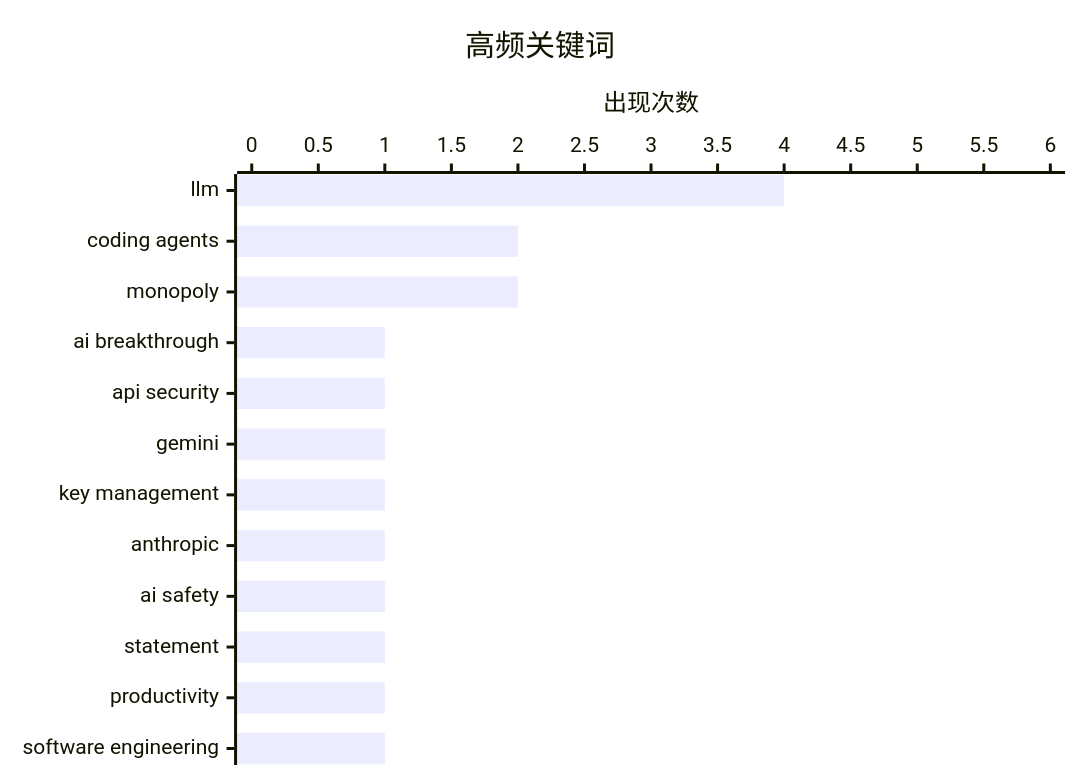
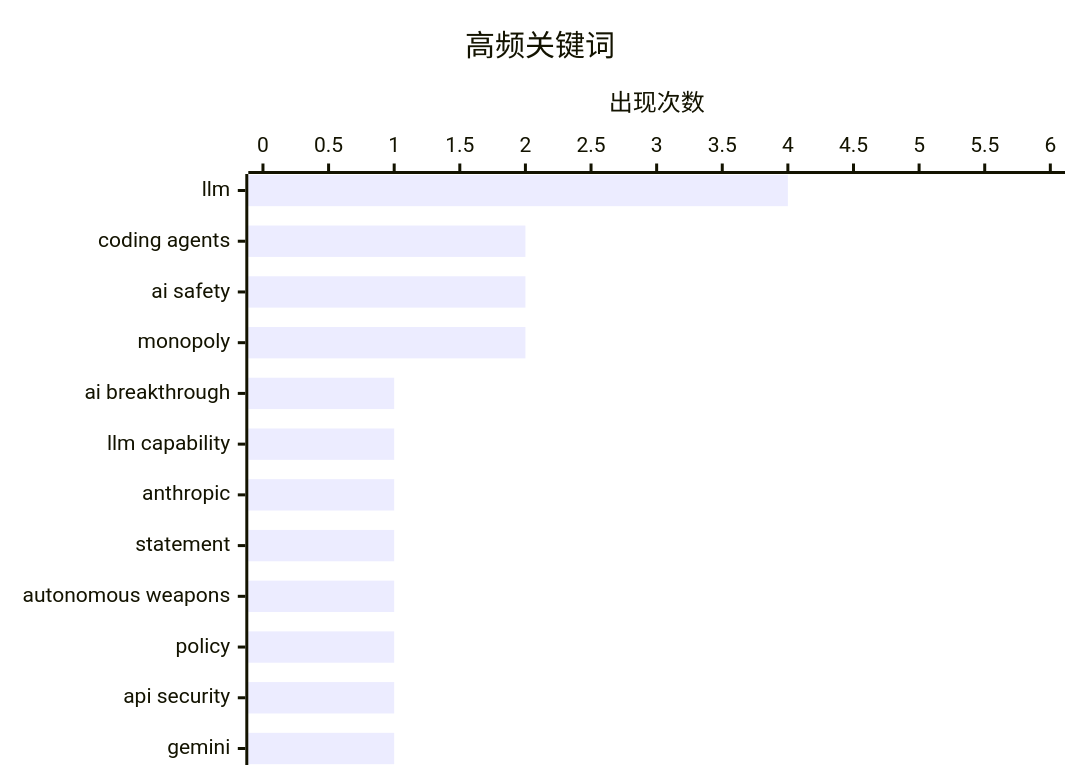
Before and after one commit to 0xEmberZz/daily-digest: the second of 2 diagrams in digests/2026-02-27.md, drawn with Mermaid. The commit also changed other lines of this file and 1 other file, not shown here.

````diff
--- a/digests/2026-02-27.md
+++ b/digests/2026-02-27.md
@@ -80,7 +80,7 @@
 ```mermaid
 xychart-beta horizontal
     title "高频关键词"
-    x-axis ["llm", "coding agents", "monopoly", "ai breakthrough", "api security", "gemini", "key management", "anthropic", "ai safety", "statement", "productivity", "software engineering"]
+    x-axis ["llm", "coding agents", "ai safety", "monopoly", "ai breakthrough", "llm capability", "anthropic", "statement", "autonomous weapons", "policy", "api security", "gemini"]
     y-axis "出现次数" 0 --> 6
-    bar [4, 2, 2, 1, 1, 1, 1, 1, 1, 1, 1, 1]
+    bar [4, 2, 2, 2, 1, 1, 1, 1, 1, 1, 1, 1]
 ```
````
